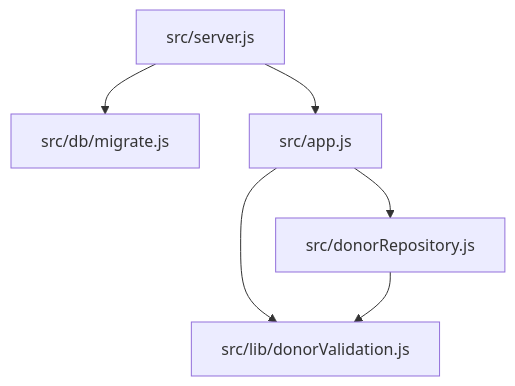
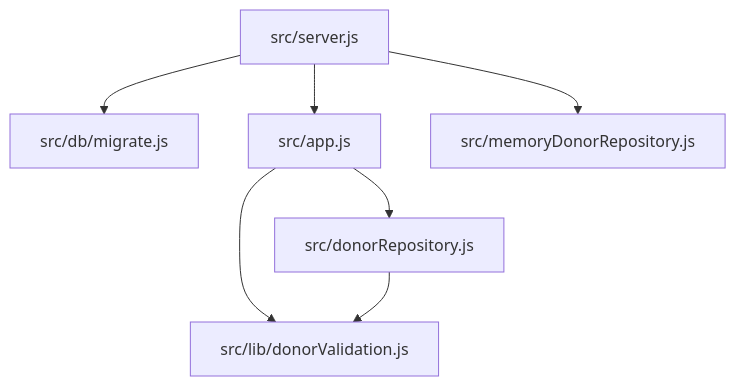
Before and after one commit to douglasabnovato/doe-sangue-salve-vidas: the second of 2 diagrams in docs/ARQUITETURA.md, drawn with Mermaid. The commit also changed other lines of this file and 2 other files, not shown here.

````diff
--- a/docs/ARQUITETURA.md
+++ b/docs/ARQUITETURA.md
@@ -17,8 +17,9 @@
 ```mermaid
 flowchart TB
   server[src/server.js] --> migrate[src/db/migrate.js]
   server --> app[src/app.js]
   app --> repo[src/donorRepository.js]
+  server --> mem[src/memoryDonorRepository.js]
   app --> val[src/lib/donorValidation.js]
   repo --> val
 ```
````
